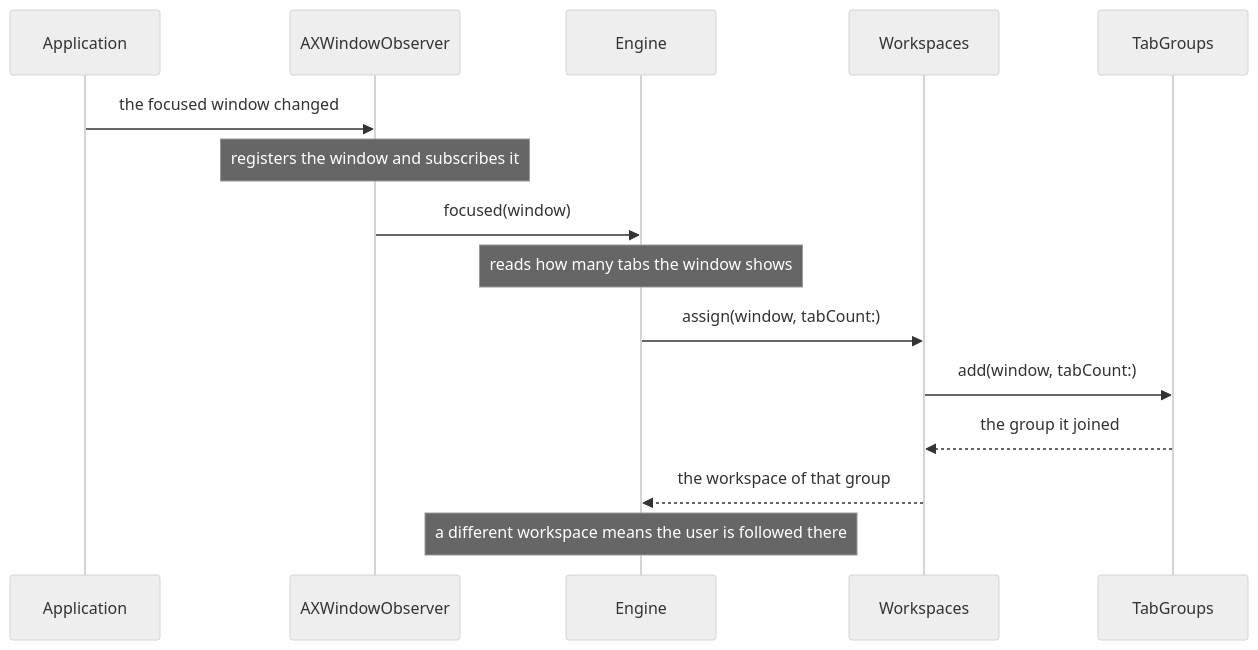
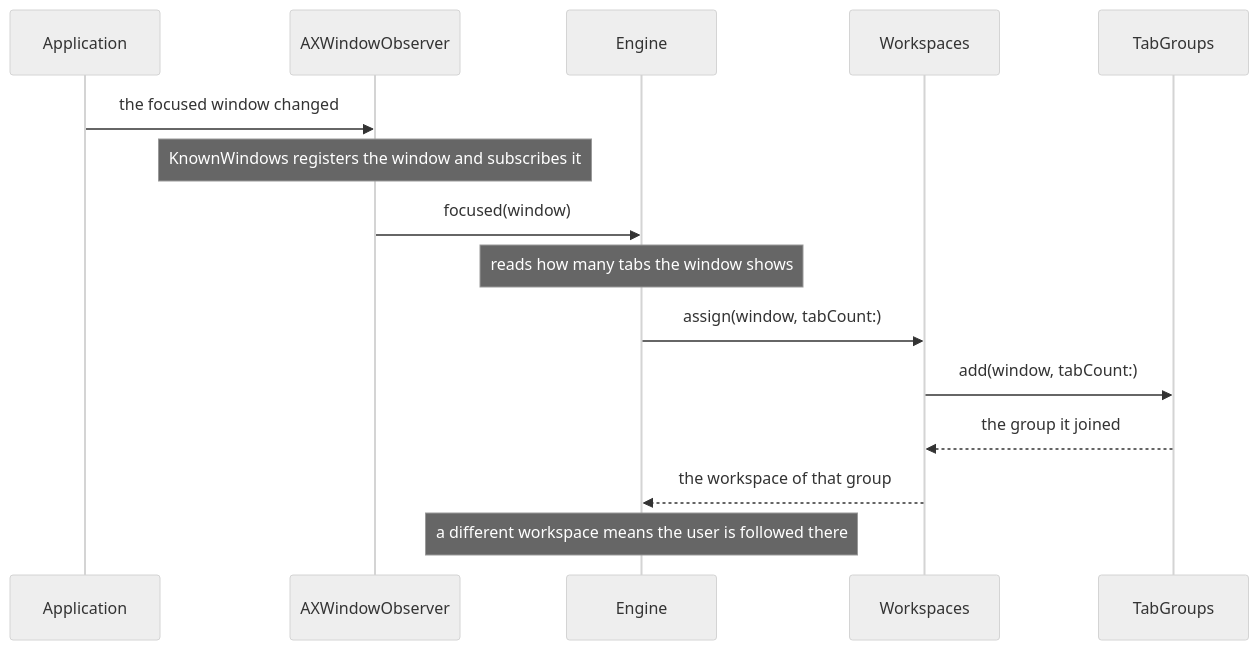
Before and after one commit to brennovich/ottowm: diagram 15 of 16 in ARCHITECTURE.md, drawn with Mermaid (neutral theme). The commit also changed other lines of this file and 38 other files, not shown here.

````diff
--- a/ARCHITECTURE.md
+++ b/ARCHITECTURE.md
@@ -285,18 +286,18 @@
 ```mermaid
 sequenceDiagram
     participant Application
     participant AXWindowObserver
     participant Engine
     participant Workspaces
     participant TabGroups
 
     Application->>AXWindowObserver: the focused window changed
-    Note over AXWindowObserver: registers the window and subscribes it
+    Note over AXWindowObserver: KnownWindows registers the window and subscribes it
     AXWindowObserver->>Engine: focused(window)
     Note over Engine: reads how many tabs the window shows
     Engine->>Workspaces: assign(window, tabCount:)
     Workspaces->>TabGroups: add(window, tabCount:)
     TabGroups-->>Workspaces: the group it joined
     Workspaces-->>Engine: the workspace of that group
     Note over Engine: a different workspace means the user is followed there
 ```
````
